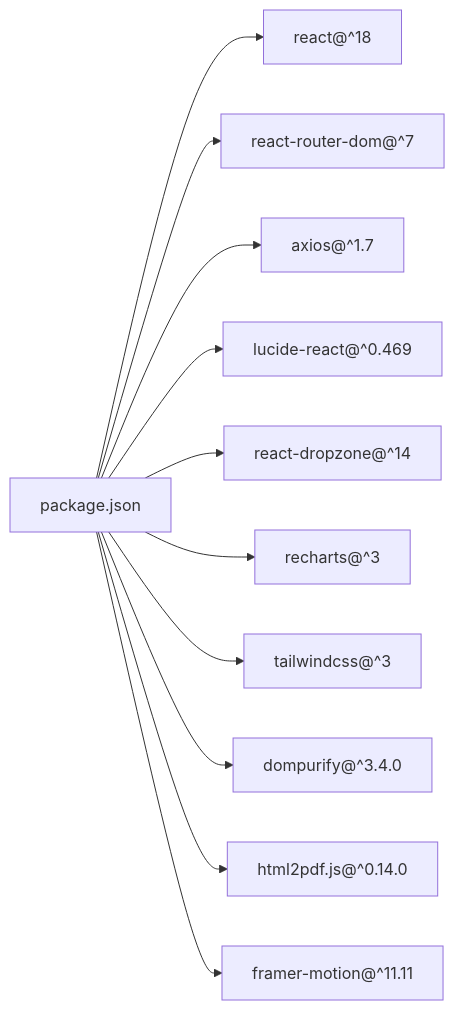
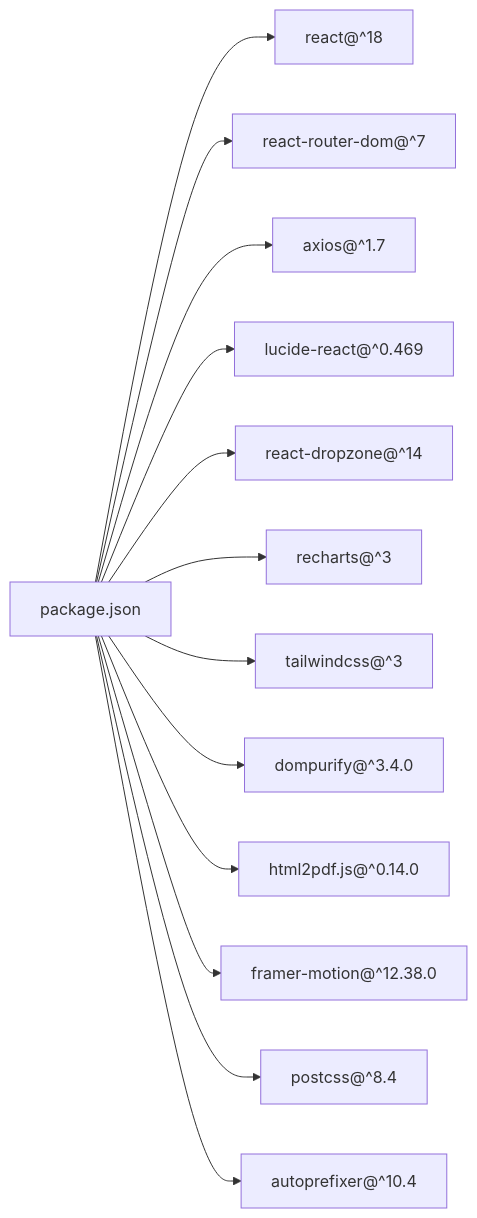
Diagram 33 of 34 in .qoder/repowiki/en/content/Frontend Architecture/Frontend Architecture.md (Revanththetalogics/aireume), drawn with Mermaid before and after one commit. The commit also changed other lines of this file and 17 other files, not shown here.

````diff
--- a/.qoder/repowiki/en/content/Frontend Architecture/Frontend Architecture.md
+++ b/.qoder/repowiki/en/content/Frontend Architecture/Frontend Architecture.md
@@ -2245,13 +2258,15 @@
 ```mermaid
 graph LR
 Pkg["package.json"] --> React["react@^18"]
 Pkg --> Router["react-router-dom@^7"]
 Pkg --> Axios["axios@^1.7"]
 Pkg --> Icons["lucide-react@^0.469"]
 Pkg --> Drop["react-dropzone@^14"]
 Pkg --> Charts["recharts@^3"]
 Pkg --> Tailwind["tailwindcss@^3"]
 Pkg --> DOMPurify["dompurify@^3.4.0"]
 Pkg --> HTML2PDF["html2pdf.js@^0.14.0"]
-Pkg --> FramerMotion["framer-motion@^11.11"]
+Pkg --> FramerMotion["framer-motion@^12.38.0"]
+Pkg --> PostCSS["postcss@^8.4"]
+Pkg --> Autoprefixer["autoprefixer@^10.4"]
 ```
````
